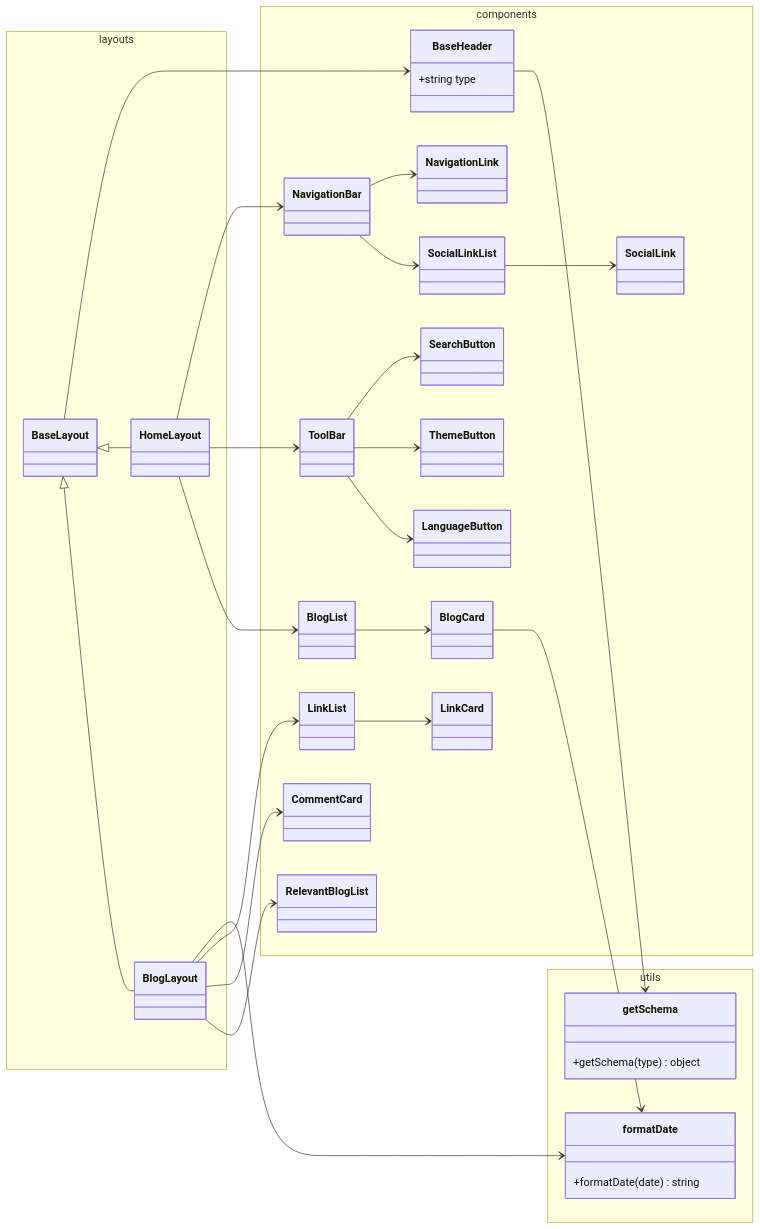
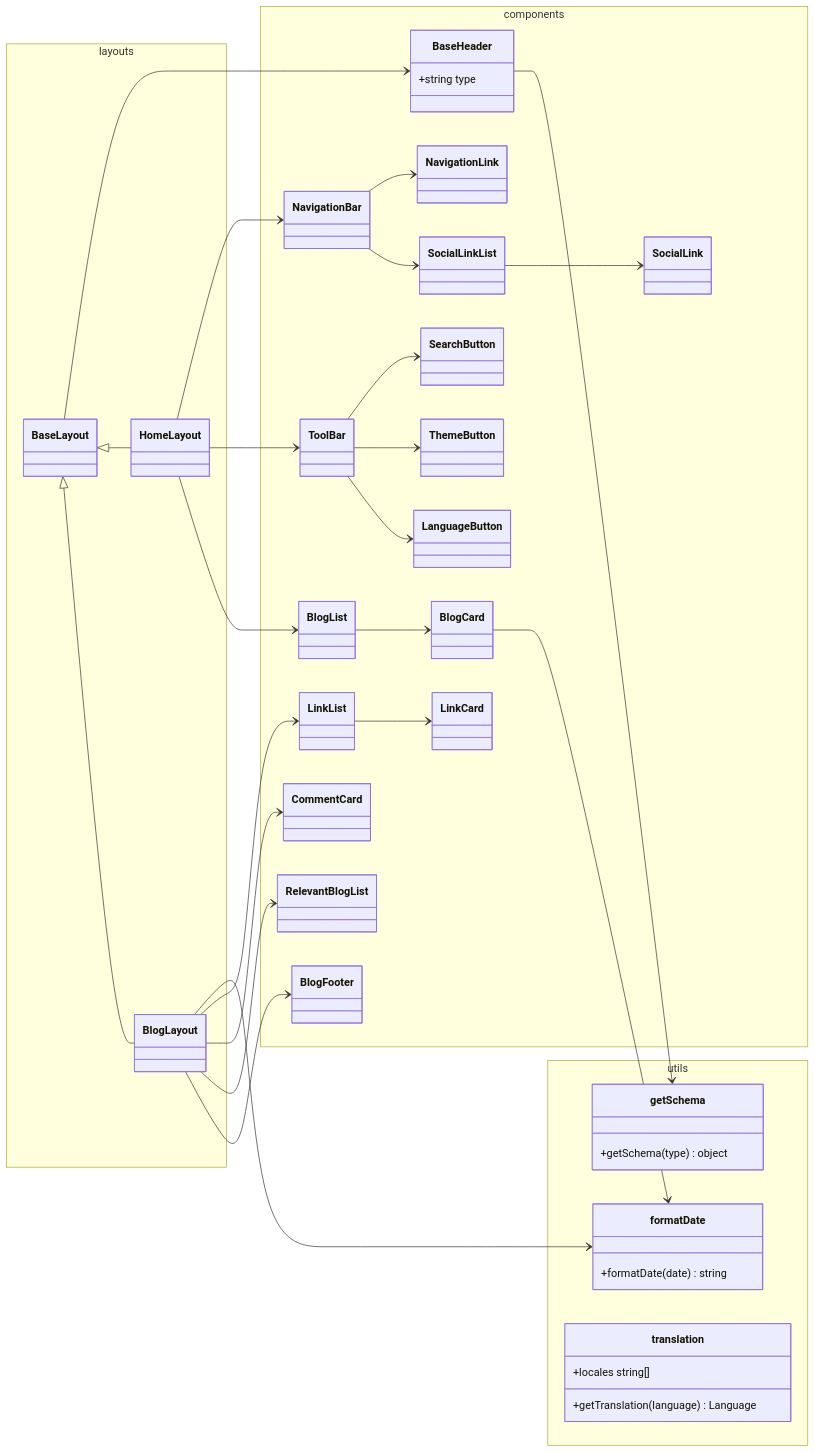
Before and after one commit to TheJiahao/TheJiahao.github.io: the diagram in docs/architecture.md, drawn with Mermaid.

Commit message:
docs: Update architecture

````diff
--- a/docs/architecture.md
+++ b/docs/architecture.md
@@ -5,66 +5,72 @@
 ```mermaid
 classDiagram
 direction LR
 BaseLayout --> BaseHeader
 BaseLayout <|-- HomeLayout
 BaseLayout <|-- BlogLayout
 
 BaseHeader --> getSchema
 
 HomeLayout --> NavigationBar
 HomeLayout --> ToolBar
 HomeLayout --> BlogList
 
 BlogLayout --> formatDate
 BlogLayout --> LinkList
 BlogLayout --> CommentCard
 BlogLayout --> RelevantBlogList
+BlogLayout --> BlogFooter
 
 LinkList --> LinkCard
 
 BlogList --> BlogCard
 BlogCard --> formatDate
 
 NavigationBar --> NavigationLink
 NavigationBar --> SocialLinkList
 SocialLinkList --> SocialLink
 
 ToolBar --> SearchButton
 ToolBar --> ThemeButton
 ToolBar --> LanguageButton
 
 namespace layouts {
     class HomeLayout
     class BlogLayout
     class BaseLayout
 }
 
 namespace components {
     class ToolBar
     class NavigationBar
     class NavigationLink
     class SocialLink
     class SocialLinkList
     class BlogCard
     class BlogList
     class LinkCard
     class LinkList
     class CommentCard
     class RelevantBlogList
     class SearchButton
     class ThemeButton
     class LanguageButton
     class BaseHeader {
         +string type
     }
+    class BlogFooter
 }
 
 namespace utils {
     class formatDate {
-    +formatDate(date) string
+        +formatDate(date) string
     }
     class getSchema {
-    +getSchema(type) object
+        +getSchema(type) object
+    }
+    class translation {
+        +locales string[]
+        +getTranslation(language) Language
     }
 }
 ```
````
